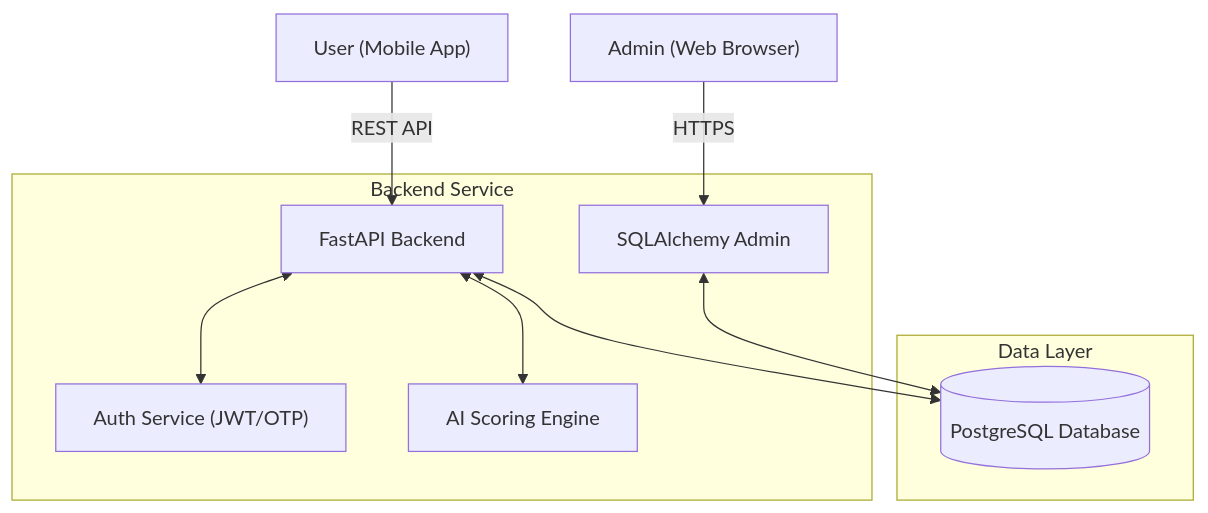
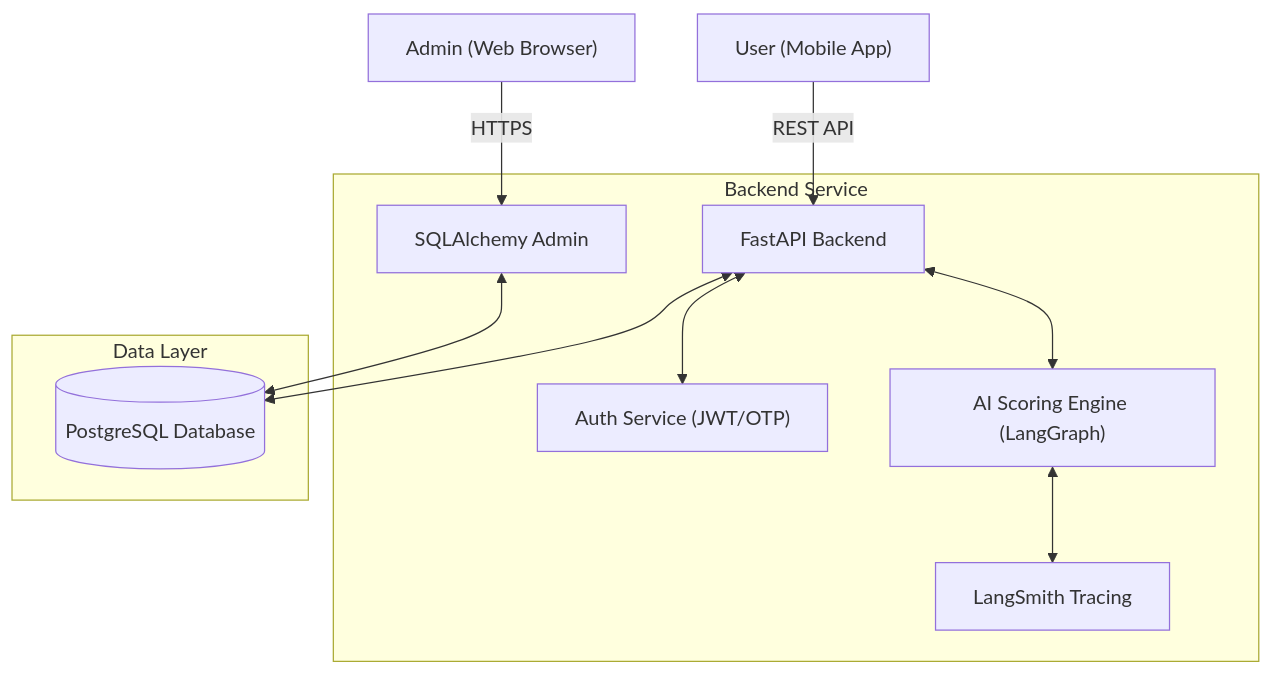
One commit to sreekumarmk-tp/BigSkillChallenge changed the first of 2 diagrams in README.md. Above: the diagram before and after it, drawn with Mermaid. The commit also changed other lines of this file and 34 other files, not shown here.

````diff
--- a/README.md
+++ b/README.md
@@ -16,21 +16,23 @@
 ```mermaid
 graph TD
     User["User (Mobile App)"] -- "REST API" --> API["FastAPI Backend"]
     Admin["Admin (Web Browser)"] -- "HTTPS" --> AdminPanel["SQLAlchemy Admin"]
     
     subgraph backend ["Backend Service"]
         API
         AdminPanel
         Auth["Auth Service (JWT/OTP)"]
-        Scoring["AI Scoring Engine"]
+        Scoring["AI Scoring Engine (LangGraph)"]
+        Tracing["LangSmith Tracing"]
     end
     
     subgraph persistence ["Data Layer"]
         DB[(PostgreSQL Database)]
     end
     
     API <--> Auth
     API <--> Scoring
+    Scoring <--> Tracing
     API <--> DB
     AdminPanel <--> DB
 ```
````
